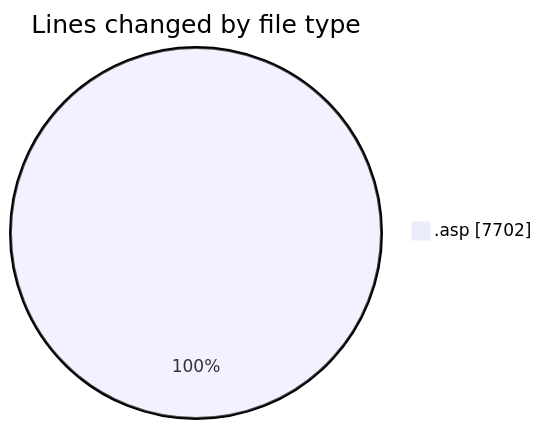
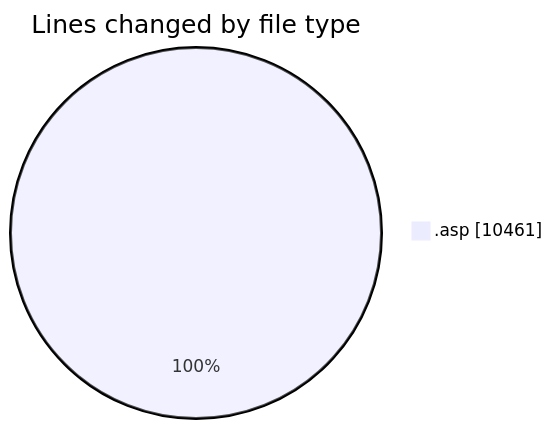
Before and after one commit to julien-gomy/code-tracking: the first of 2 diagrams in 2025-10-31/cdp_aleoudev_fr__workspace_/README.md, drawn with Mermaid. The commit also changed other lines of this file and 1 other file, not shown here.

````diff
--- a/2025-10-31/cdp_aleoudev_fr__workspace_/README.md
+++ b/2025-10-31/cdp_aleoudev_fr__workspace_/README.md
@@ -25,5 +26,5 @@
 ```mermaid
 pie showData
 title Lines changed by file type
-".asp" : 7702
+".asp" : 10461
 ```
````
